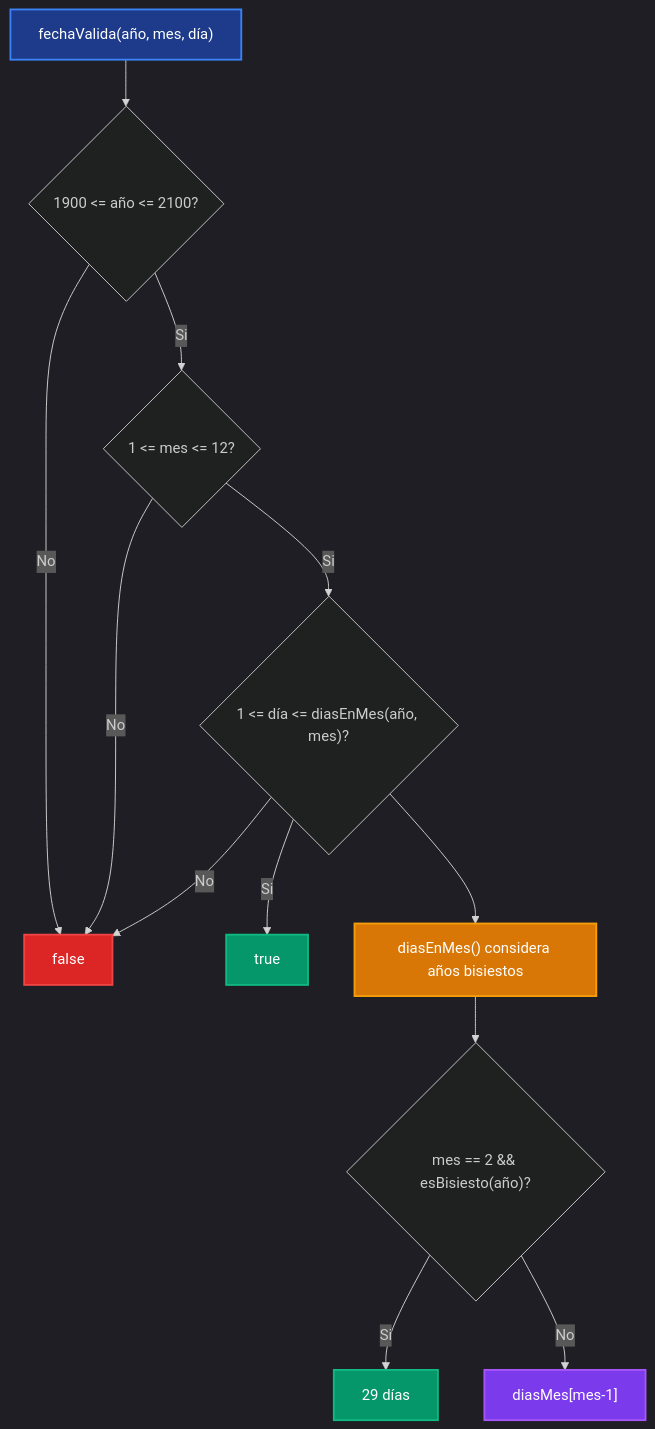
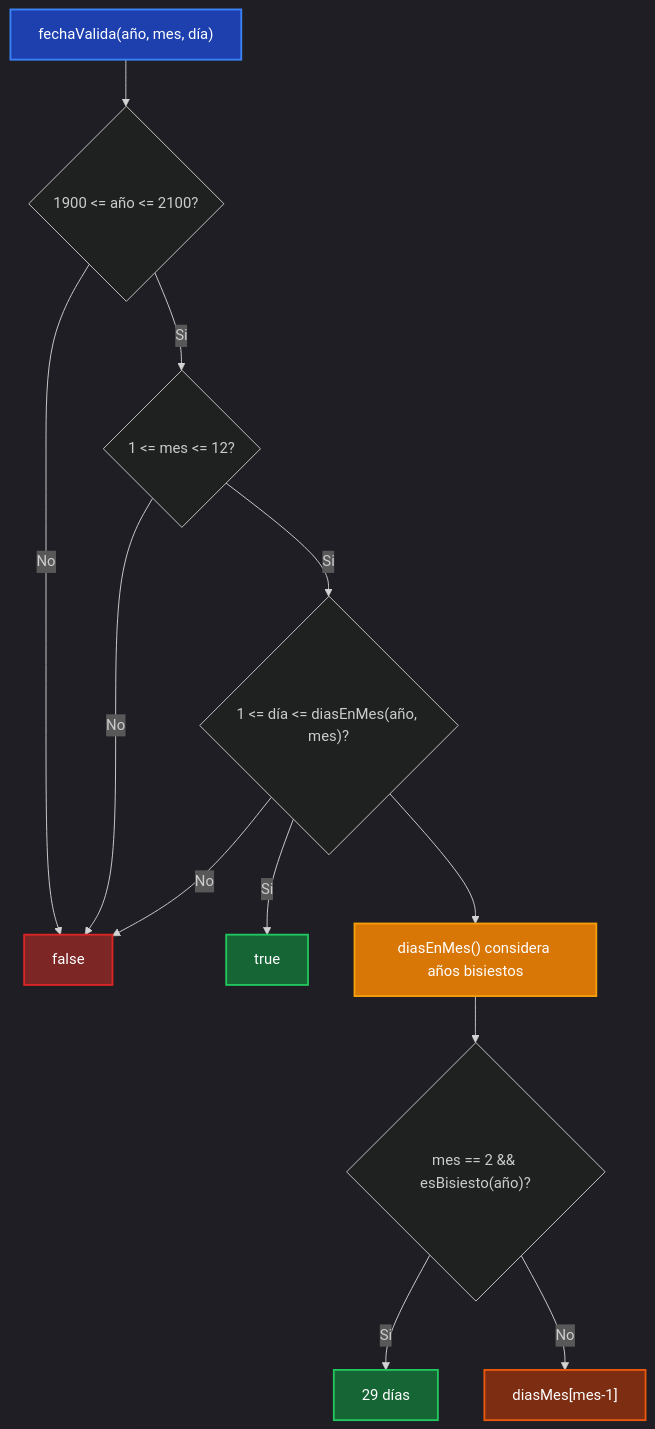
One commit to pybalt/algo2 changed diagram 12 of 16 in tp-final/README_IMPLEMENTACIONES.md. Above: the diagram before and after it, drawn with Mermaid. The commit also changed other lines of this file and 1 other file, not shown here.

````diff
--- a/tp-final/README_IMPLEMENTACIONES.md
+++ b/tp-final/README_IMPLEMENTACIONES.md
@@ -344,23 +457,23 @@
 ```mermaid
 %%{init: {'theme':'dark'}}%%
 flowchart TD
     A["fechaValida(año, mes, día)"] --> B{"1900 <= año <= 2100?"}
     B -->|No| C["false"]
     B -->|Si| D{"1 <= mes <= 12?"}
     D -->|No| C
     D -->|Si| E{"1 <= día <= diasEnMes(año, mes)?"}
     E -->|No| C
     E -->|Si| F["true"]
     
     E --> G["diasEnMes() considera años bisiestos"]
     G --> H{"mes == 2 && esBisiesto(año)?"}
     H -->|Si| I["29 días"]
     H -->|No| J["diasMes[mes-1]"]
     
-    style A fill:#1e3a8a,stroke:#3b82f6,stroke-width:2px,color:#fff
-    style C fill:#dc2626,stroke:#ef4444,stroke-width:2px,color:#fff
-    style F fill:#059669,stroke:#10b981,stroke-width:2px,color:#fff
-    style G fill:#d97706,stroke:#f59e0b,stroke-width:2px,color:#fff
-    style I fill:#059669,stroke:#10b981,stroke-width:2px,color:#fff
-    style J fill:#7c3aed,stroke:#a855f7,stroke-width:2px,color:#fff
+    style A fill:#1e40af,stroke:#3b82f6,stroke-width:2px,color:#ffffff
+    style C fill:#7c2626,stroke:#dc2626,stroke-width:2px,color:#ffffff
+    style F fill:#166534,stroke:#22c55e,stroke-width:2px,color:#ffffff
+    style G fill:#d97706,stroke:#f59e0b,stroke-width:2px,color:#ffffff
+    style I fill:#166534,stroke:#22c55e,stroke-width:2px,color:#ffffff
+    style J fill:#7c2d12,stroke:#ea580c,stroke-width:2px,color:#ffffff
 ```
````
